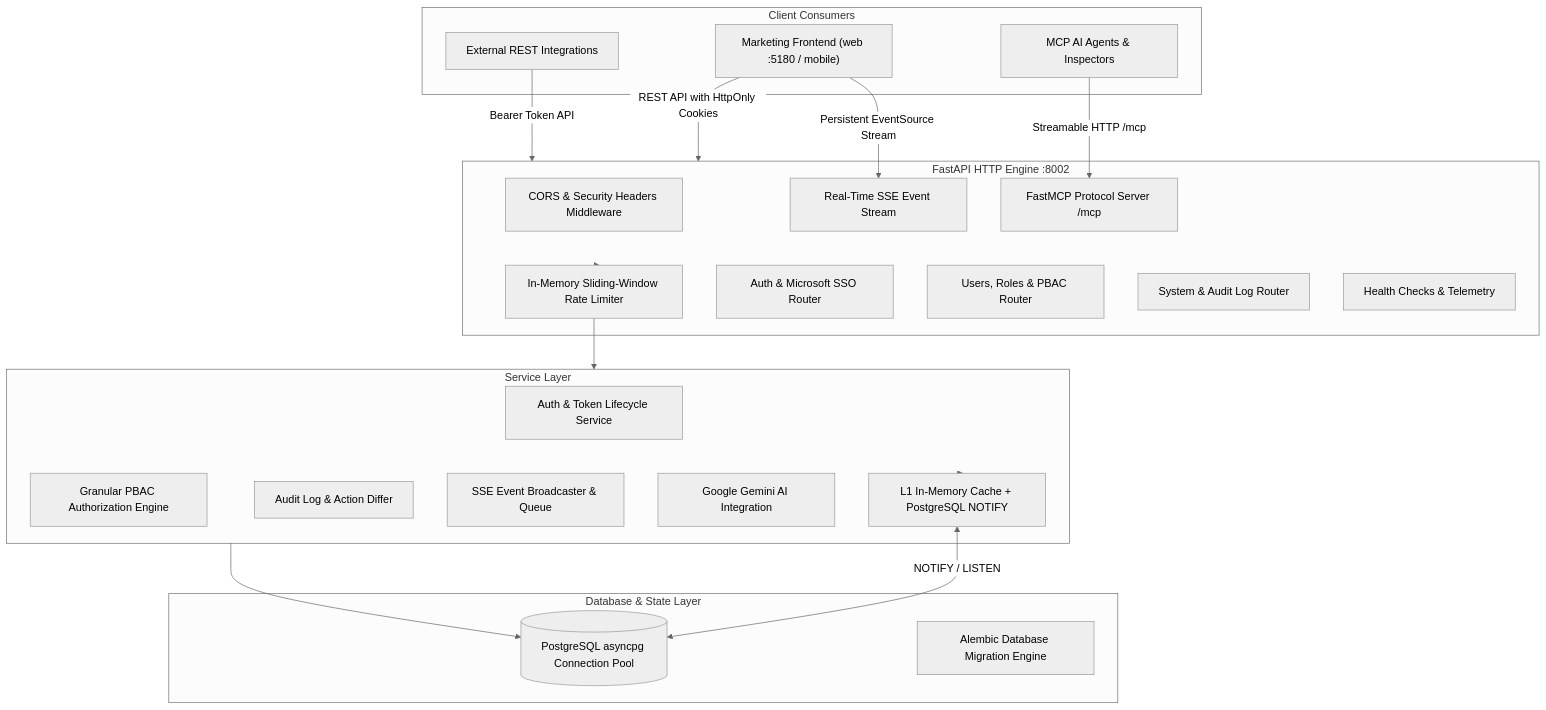
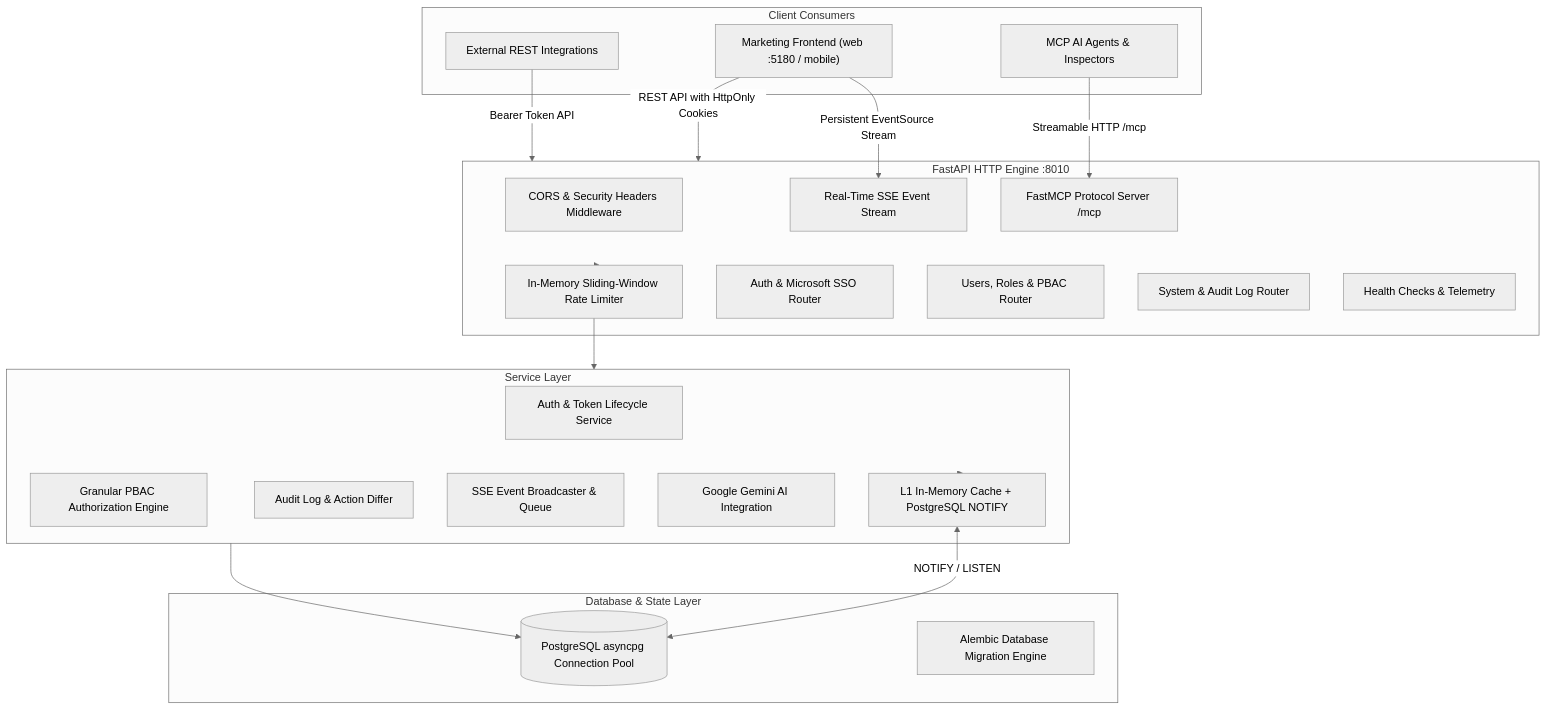
Before and after one commit to Rachad-Zenatech/internal_portal_marketing_back: the diagram in README.md, drawn with Mermaid (neutral theme). The commit also changed other lines of this file and 16 other files, not shown here.

````diff
--- a/README.md
+++ b/README.md
@@ -9,44 +9,44 @@
 ```mermaid
 flowchart TD
     subgraph ClientLayer [Client Consumers]
         FrontApp["Marketing Frontend (web :5180 / mobile)"]
         MCPClient[MCP AI Agents & Inspectors]
         ThirdParty[External REST Integrations]
     end
 
-    subgraph APIGateway [FastAPI HTTP Engine :8002]
+    subgraph APIGateway [FastAPI HTTP Engine :8010]
         CORS[CORS & Security Headers Middleware]
         RateLimit[In-Memory Sliding-Window Rate Limiter]
         AuthRouter[Auth & Microsoft SSO Router]
         RBACRouter[Users, Roles & PBAC Router]
         LogRouter[System & Audit Log Router]
         NotifRouter[Real-Time SSE Event Stream]
         ObsRouter[Health Checks & Telemetry]
         MCPEndpoint[FastMCP Protocol Server /mcp]
     end
 
     subgraph CoreServices [Service Layer]
         AuthService[Auth & Token Lifecycle Service]
         RBACService[Granular PBAC Authorization Engine]
         CacheService[L1 In-Memory Cache + PostgreSQL NOTIFY]
         AuditService[Audit Log & Action Differ]
         NotificationService[SSE Event Broadcaster & Queue]
         GeminiService[Google Gemini AI Integration]
     end
 
     subgraph DataPersistence [Database & State Layer]
         PG[(PostgreSQL asyncpg Connection Pool)]
         Alembic[Alembic Database Migration Engine]
     end
 
     FrontApp -->|REST API with HttpOnly Cookies| APIGateway
     FrontApp -->|Persistent EventSource Stream| NotifRouter
     MCPClient -->|Streamable HTTP /mcp| MCPEndpoint
     ThirdParty -->|Bearer Token API| APIGateway
 
     APIGateway --> RateLimit
     RateLimit --> CoreServices
     CoreServices --> CacheService
     CoreServices --> PG
     CacheService <-->|NOTIFY / LISTEN| PG
 ```
````
